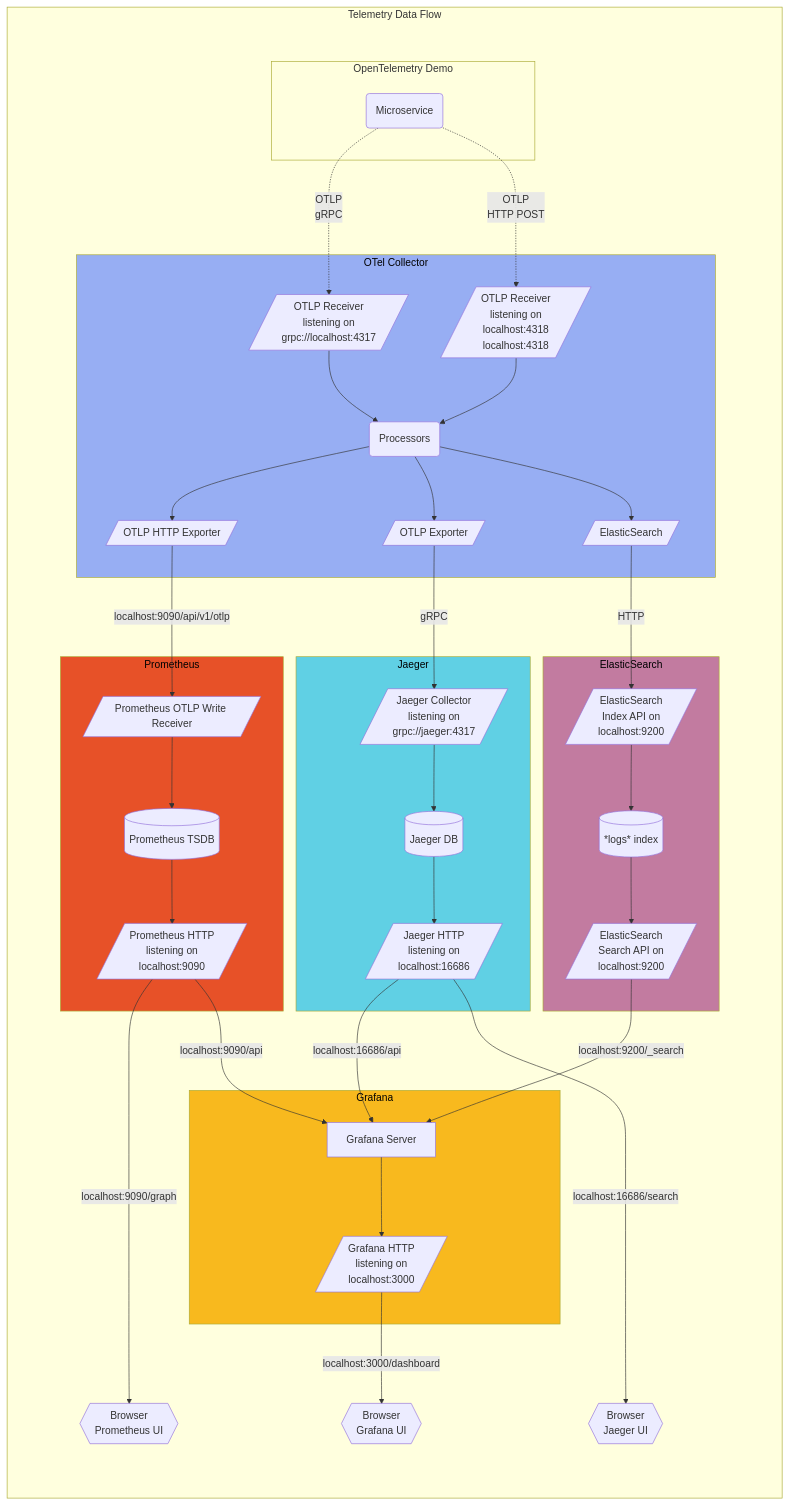
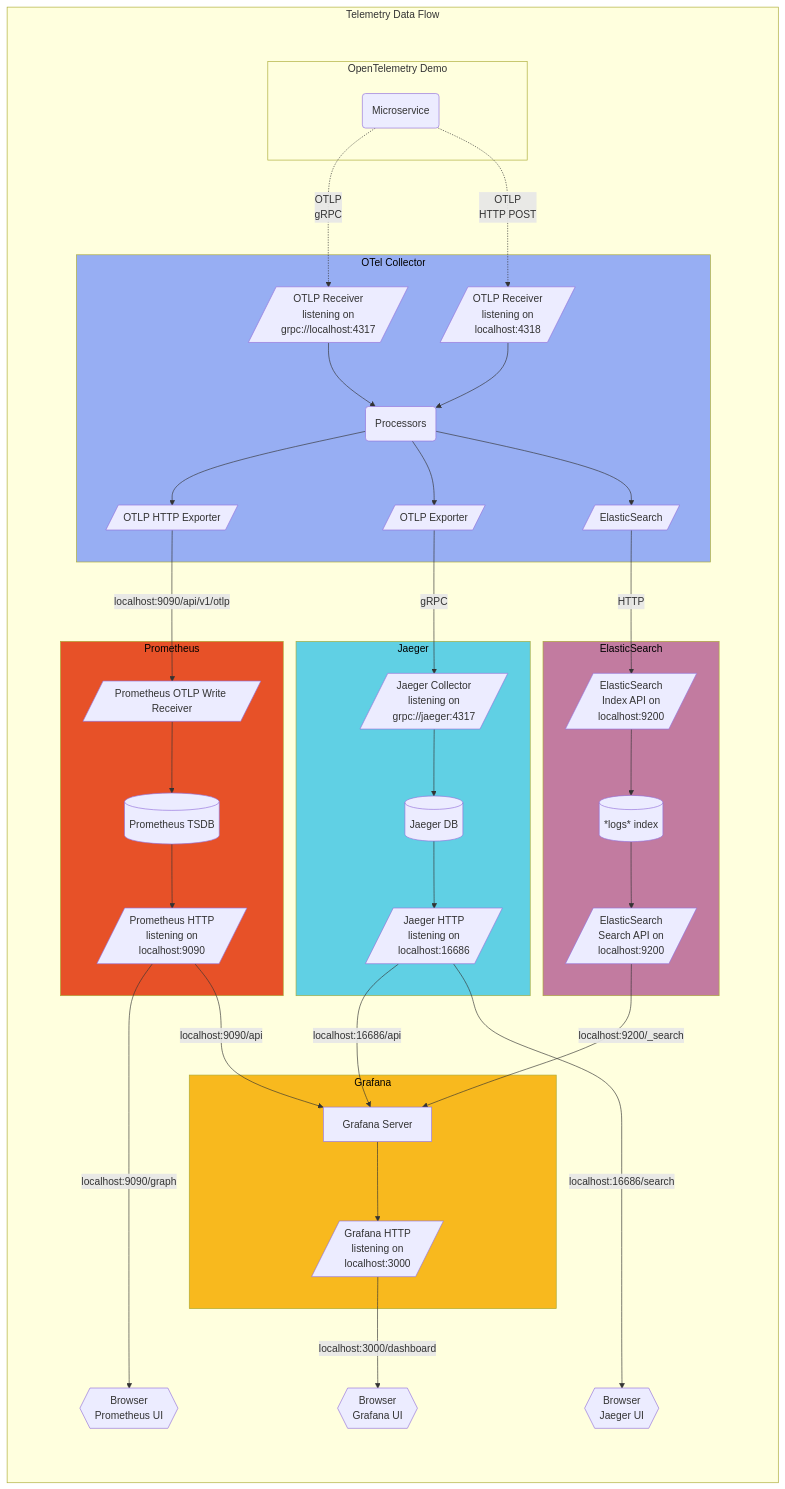
One commit to niaurys/otel-workshop changed the second of 2 diagrams in README.md. Above: the diagram before and after it, drawn with Mermaid. The commit also changed other lines of this file, not shown here.

```diff
--- a/README.md
+++ b/README.md
@@ -97,7 +103,7 @@
         subgraph oc[OTel Collector]
             style oc fill:#97aef3,color:black;
             oc-grpc[/"OTLP Receiver<br/>listening on<br/>grpc://localhost:4317"/]
-            oc-http[/"OTLP Receiver<br/>listening on <br/>localhost:4318<br/>localhost:4318"/]
+            oc-http[/"OTLP Receiver<br/>listening on <br/>localhost:4318"/]
             oc-proc(Processors)
             oc-prom[/"OTLP HTTP Exporter"/]
             oc-otlp[/"OTLP Exporter"/]
```
